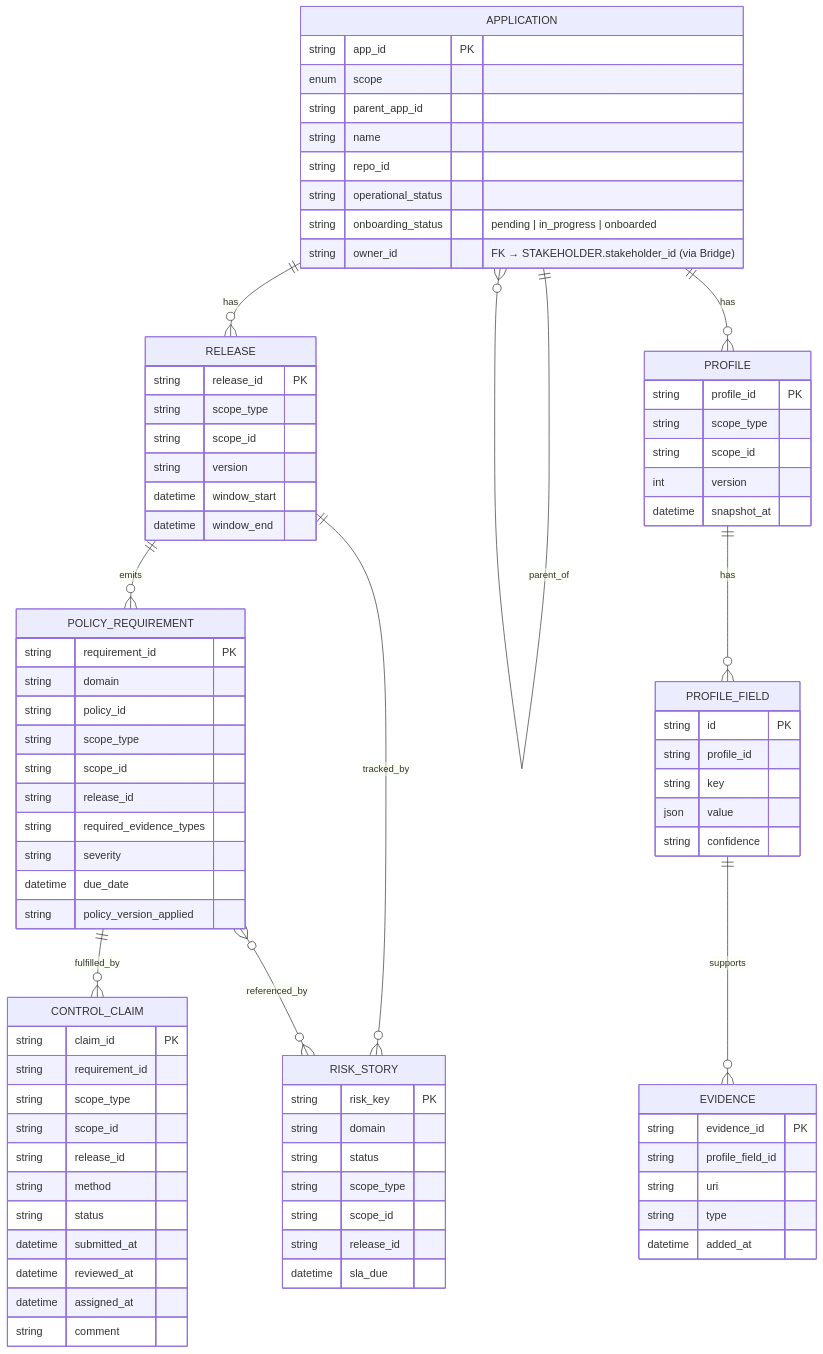
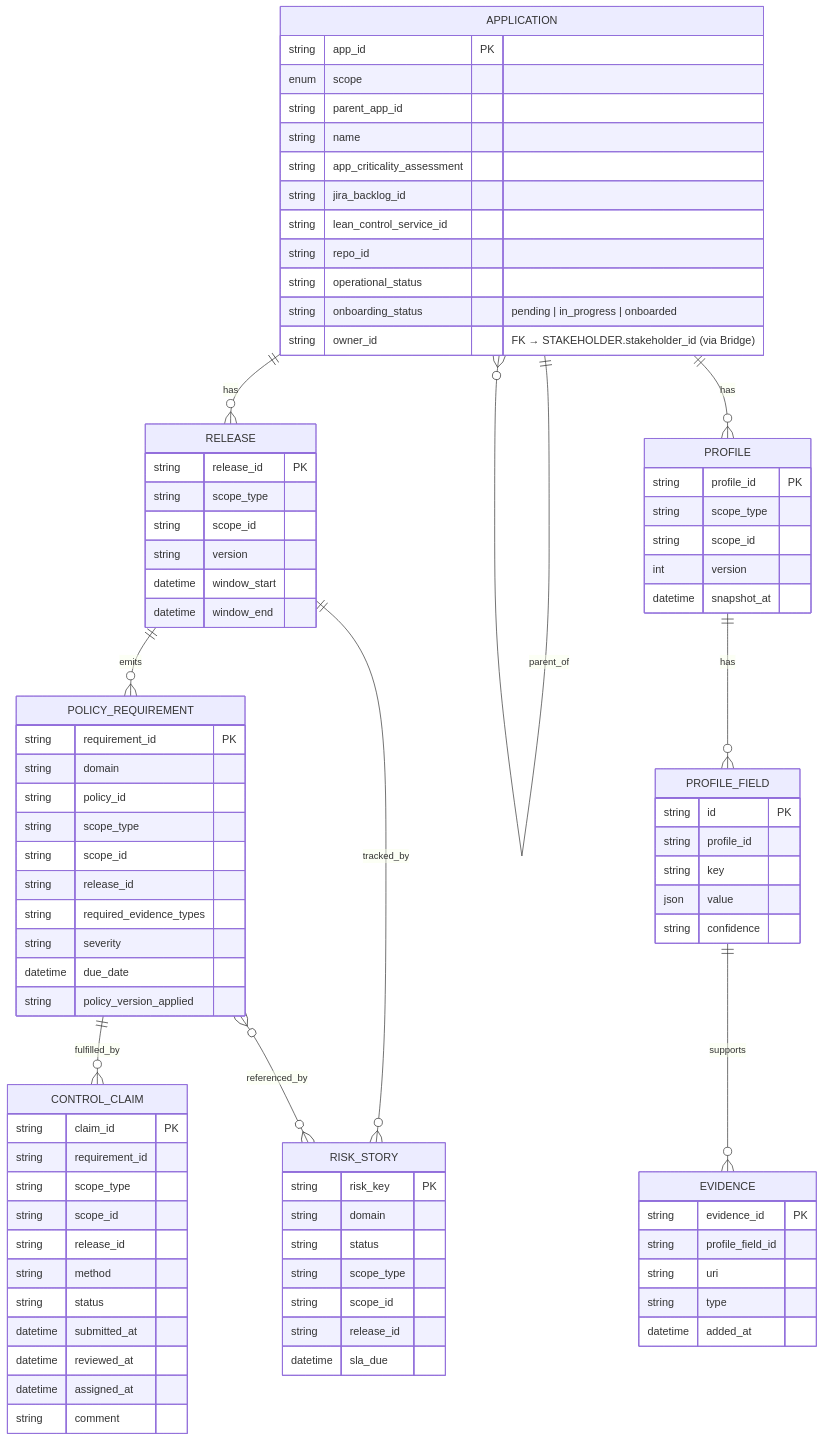
The diagram in docs/core_gcdm.mmd (kingfadzi/gateway), drawn with Mermaid before and after one commit. The commit also changed 19 other files, not shown here.

```diff
--- a/docs/core_gcdm.mmd
+++ b/docs/core_gcdm.mmd
@@ -1,91 +1,94 @@
 erDiagram
     APPLICATION {
         string app_id PK
         enum   scope
         string parent_app_id
         string name
+        string app_criticality_assessment
+        string jira_backlog_id
+        string lean_control_service_id
         string repo_id
         string operational_status
         string onboarding_status   "pending | in_progress | onboarded"
         string owner_id            "FK → STAKEHOLDER.stakeholder_id (via Bridge)"
     }
 
     RELEASE {
         string release_id PK
         string scope_type
         string scope_id
         string version
         datetime window_start
         datetime window_end
     }
 
     PROFILE {
         string profile_id PK
         string scope_type
         string scope_id
         int    version
         datetime snapshot_at
     }
 
     PROFILE_FIELD {
         string id PK
         string profile_id
         string key
         json   value
         string confidence
     }
 
     EVIDENCE {
         string evidence_id PK
         string profile_field_id
         string uri
         string type
         datetime added_at
     }
 
     POLICY_REQUIREMENT {
         string requirement_id PK
         string domain
         string policy_id
         string scope_type
         string scope_id
         string release_id
         string required_evidence_types
         string severity
         datetime due_date
         string  policy_version_applied
     }
 
     CONTROL_CLAIM {
         string claim_id PK
         string requirement_id
         string scope_type
         string scope_id
         string release_id
         string method
         string status
         datetime submitted_at
         datetime reviewed_at
         datetime assigned_at
         string comment
     }
 
     RISK_STORY {
         string risk_key PK
         string domain
         string status
         string scope_type
         string scope_id
         string release_id
         datetime sla_due
     }
 
     APPLICATION ||--o{ APPLICATION : parent_of
     APPLICATION ||--o{ RELEASE     : has
     APPLICATION ||--o{ PROFILE     : has
     PROFILE     ||--o{ PROFILE_FIELD : has
     PROFILE_FIELD ||--o{ EVIDENCE    : supports
     RELEASE ||--o{ POLICY_REQUIREMENT : emits
     POLICY_REQUIREMENT ||--o{ CONTROL_CLAIM : fulfilled_by
     RELEASE ||--o{ RISK_STORY : tracked_by
     POLICY_REQUIREMENT }o--o{ RISK_STORY : referenced_by
```
